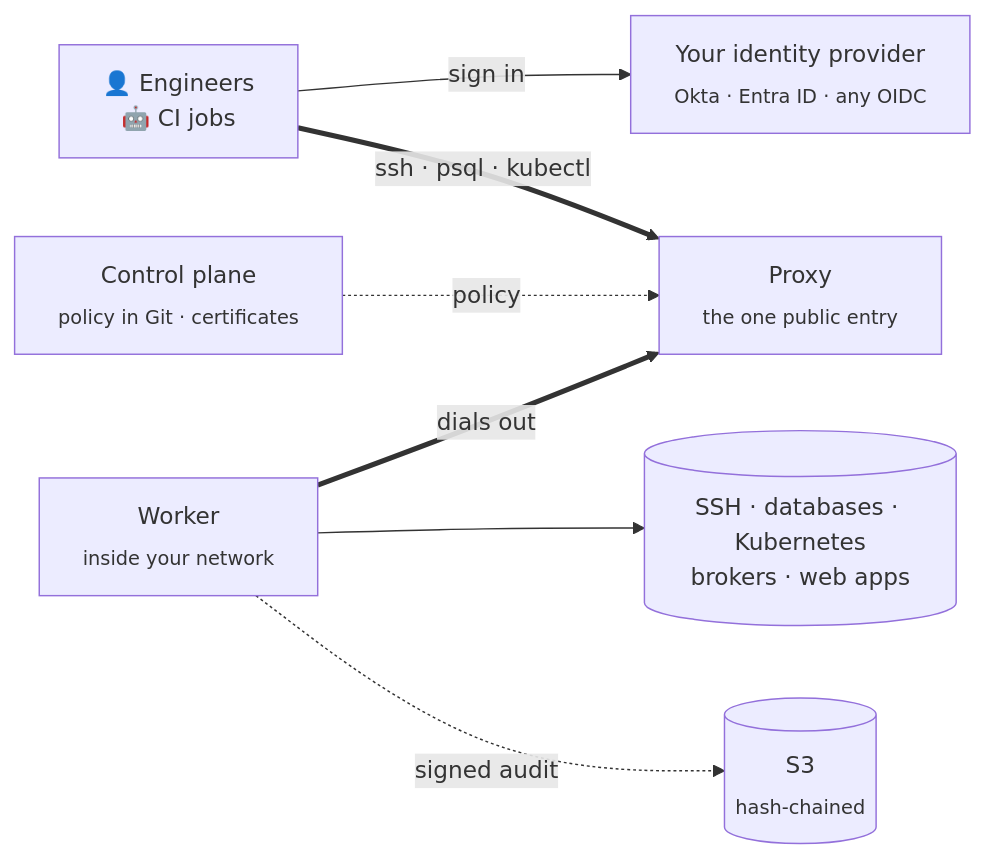
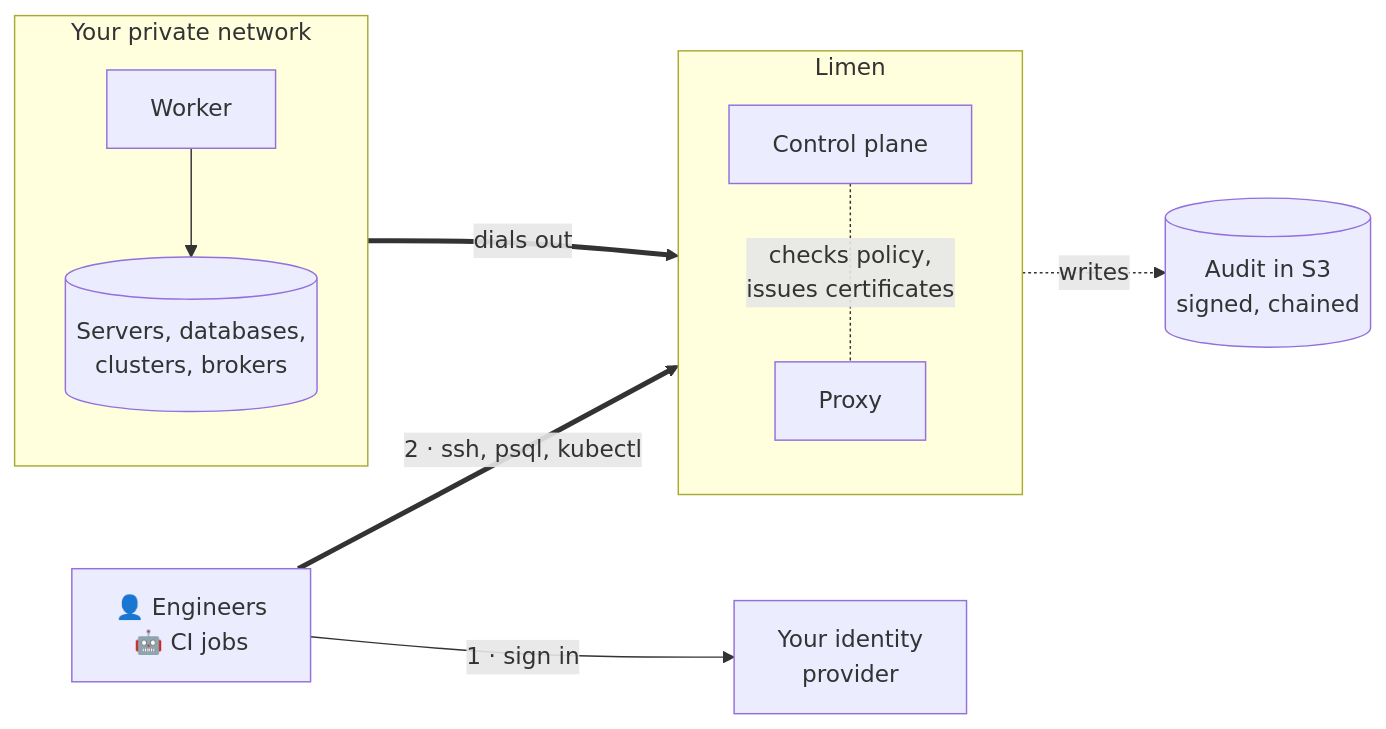
Before and after one commit to limen-dev/.github: the diagram in profile/README.md, drawn with Mermaid. The commit also changed other lines of this file, not shown here.

Commit message:
docs(profile): clearer diagram, plain repository table

````diff
--- a/profile/README.md
+++ b/profile/README.md
@@ -61,9 +61,22 @@
 ```mermaid
 flowchart LR
-  who["👤 Engineers<br>🤖 CI jobs"] -- sign in --> idp["Your identity provider<br><sub>Okta · Entra ID · any OIDC</sub>"]
-  who == "ssh · psql · kubectl" ==> proxy["Proxy<br><sub>the one public entry</sub>"]
-  cp["Control plane<br><sub>policy in Git · certificates</sub>"] -. policy .-> proxy
-  worker["Worker<br><sub>inside your network</sub>"] == dials out ==> proxy
-  worker --> targets[("SSH · databases · Kubernetes<br>brokers · web apps")]
-  worker -. signed audit .-> s3[("S3<br><sub>hash-chained</sub>")]
+  user["👤 Engineers<br>🤖 CI jobs"]
+  idp["Your identity<br>provider"]
+  subgraph limen ["Limen"]
+    direction TB
+    proxy["Proxy"]
+    cp["Control plane"]
+  end
+  subgraph net ["Your private network"]
+    direction TB
+    worker["Worker"]
+    targets[("Servers, databases,<br>clusters, brokers")]
+  end
+  s3[("Audit in S3<br>signed, chained")]
+  user -- "1 · sign in" --> idp
+  user == "2 · ssh, psql, kubectl" ==> proxy
+  worker == "dials out" ==> proxy
+  worker --> targets
+  cp -. "checks policy,<br>issues certificates" .- proxy
+  cp -. "writes" .-> s3
 ```
````
